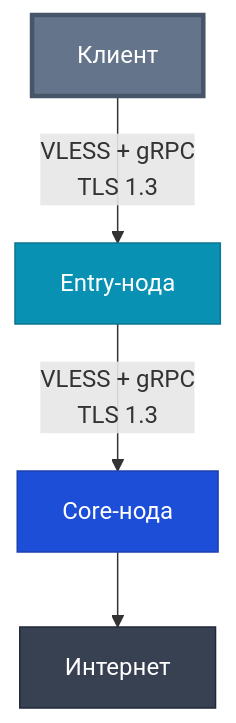
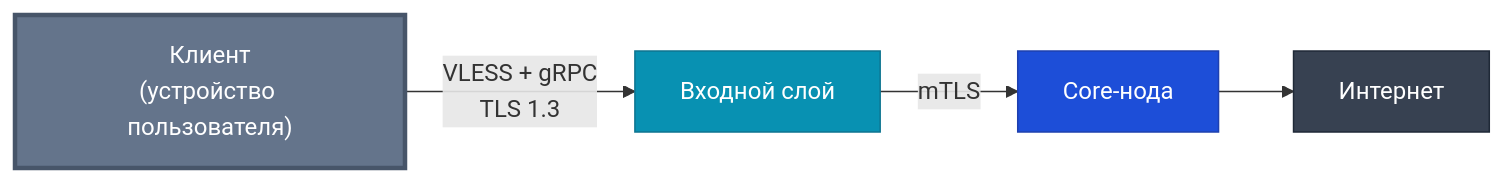
One commit to SigilGate/SigilGate.github.io changed the diagram in content/docs/nodes/client.md. Above: the diagram before and after it, drawn with Mermaid. The commit also changed other lines of this file and 27 other files, not shown here.

```diff
--- a/content/docs/nodes/client.md
+++ b/content/docs/nodes/client.md
@@ -15,16 +15,16 @@
 {{< mermaid >}}
-graph TD
-    Client["Клиент"]
-    Entry["Entry-нода"]
+graph LR
+    Client["Клиент\n(устройство пользователя)"]
+    Entry["Входной слой"]
     Core["Core-нода"]
     Internet["Интернет"]
 
-    Client -->|"VLESS + gRPC<br/>TLS 1.3"| Entry
-    Entry -->|"VLESS + gRPC<br/>TLS 1.3"| Core
+    Client -->|"VLESS + gRPC\nTLS 1.3"| Entry
+    Entry -->|"mTLS"| Core
     Core --> Internet
 
     style Client fill:#64748b,color:#fff,stroke:#475569,stroke-width:3px
     style Entry fill:#0891b2,color:#fff,stroke:#0e7490
     style Core fill:#1d4ed8,color:#fff,stroke:#1e40af
     style Internet fill:#374151,color:#fff,stroke:#1f2937
 {{< /mermaid >}}
```
